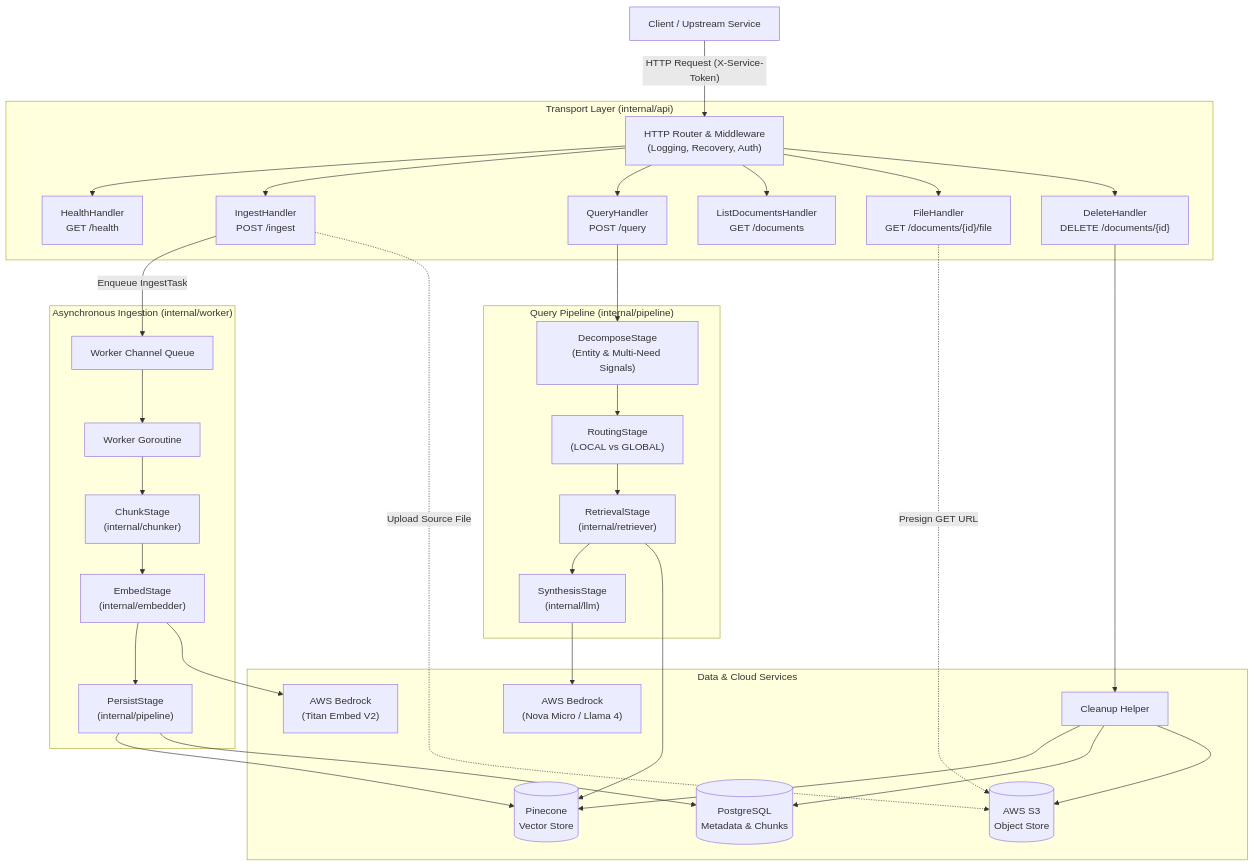
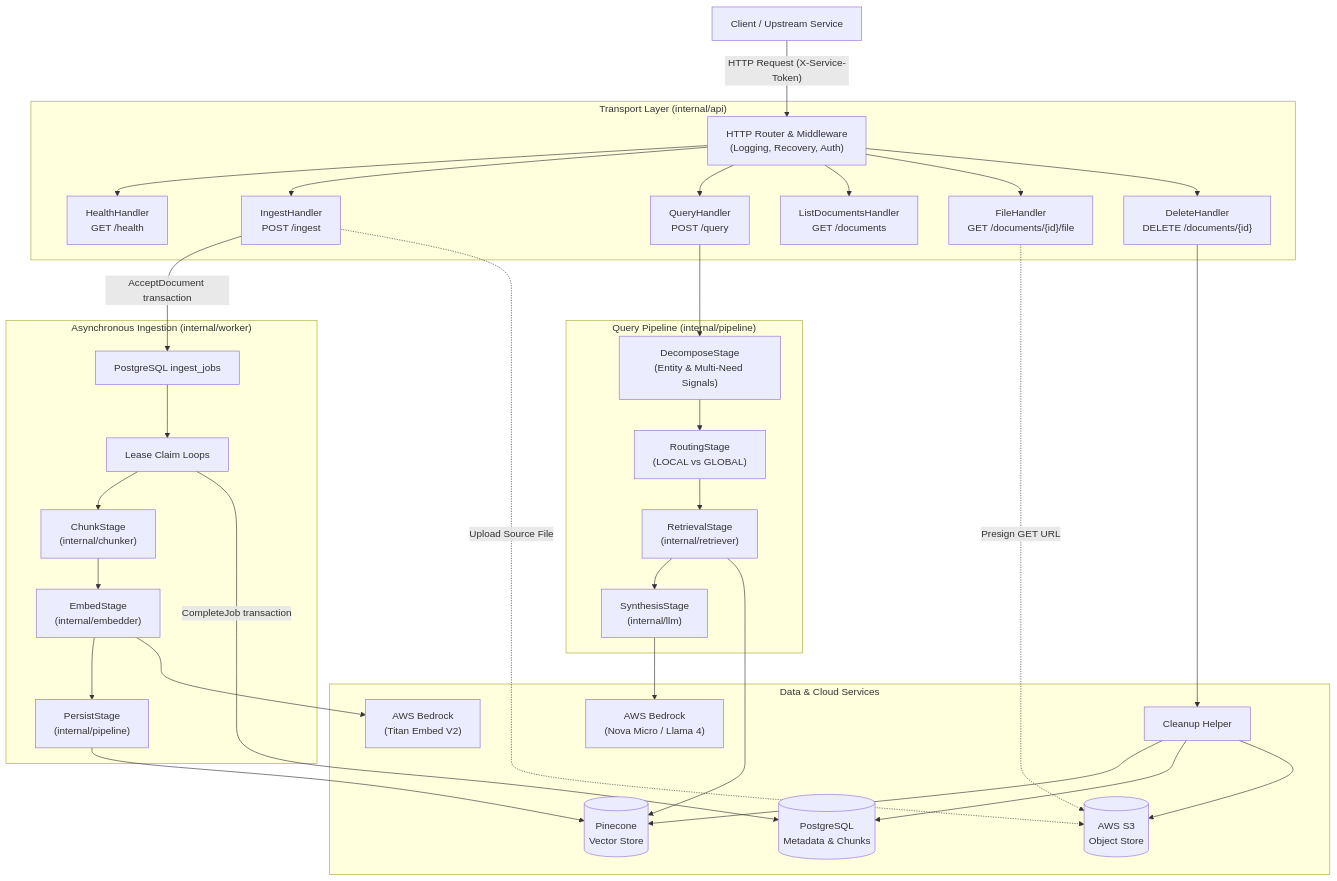
Before and after one commit to Victoroide/go-ms-rag: the diagram in README.md, drawn with Mermaid. The commit also changed other lines of this file and 34 other files, not shown here.

Commit message:
fix(worker): persist ingestion jobs in postgres with leases

````diff
--- a/README.md
+++ b/README.md
@@ -16,42 +16,42 @@
 ```mermaid
 flowchart TD
     Client["Client / Upstream Service"] -->|"HTTP Request (X-Service-Token)"| Router["HTTP Router & Middleware\n(Logging, Recovery, Auth)"]
 
     subgraph API ["Transport Layer (internal/api)"]
         Router --> H_Health["HealthHandler\nGET /health"]
         Router --> H_Ingest["IngestHandler\nPOST /ingest"]
         Router --> H_Query["QueryHandler\nPOST /query"]
         Router --> H_Docs["ListDocumentsHandler\nGET /documents"]
         Router --> H_File["FileHandler\nGET /documents/{id}/file"]
         Router --> H_Delete["DeleteHandler\nDELETE /documents/{id}"]
     end
 
     subgraph AsyncWorker ["Asynchronous Ingestion (internal/worker)"]
-        H_Ingest -->|"Enqueue IngestTask"| Queue["Worker Channel Queue"]
-        Queue --> WorkerLoop["Worker Goroutine"]
+        H_Ingest -->|"AcceptDocument transaction"| Queue["PostgreSQL ingest_jobs"]
+        Queue --> WorkerLoop["Lease Claim Loops"]
         WorkerLoop --> ChunkStage["ChunkStage\n(internal/chunker)"]
         ChunkStage --> EmbedStage["EmbedStage\n(internal/embedder)"]
         EmbedStage --> PersistStage["PersistStage\n(internal/pipeline)"]
     end
 
     subgraph QueryPipeline ["Query Pipeline (internal/pipeline)"]
         H_Query --> Decompose["DecomposeStage\n(Entity & Multi-Need Signals)"]
         Decompose --> RouteMode["RoutingStage\n(LOCAL vs GLOBAL)"]
         RouteMode --> Retrieve["RetrievalStage\n(internal/retriever)"]
         Retrieve --> Synthesis["SynthesisStage\n(internal/llm)"]
     end
 
     subgraph Stores ["Data & Cloud Services"]
         PersistStage --> VectorDB[("Pinecone\nVector Store")]
-        PersistStage --> RelDB[("PostgreSQL\nMetadata & Chunks")]
+        WorkerLoop -->|"CompleteJob transaction"| RelDB[("PostgreSQL\nMetadata & Chunks")]
         H_Ingest -.->|"Upload Source File"| ObjectStore[("AWS S3\nObject Store")]
         H_File -.->|"Presign GET URL"| ObjectStore
         H_Delete --> Cleanup["Cleanup Helper"]
         Cleanup --> VectorDB
         Cleanup --> RelDB
         Cleanup --> ObjectStore
         EmbedStage --> Bedrock["AWS Bedrock\n(Titan Embed V2)"]
         Retrieve --> VectorDB
         Synthesis --> BedrockLLM["AWS Bedrock\n(Nova Micro / Llama 4)"]
     end
 ```
````
